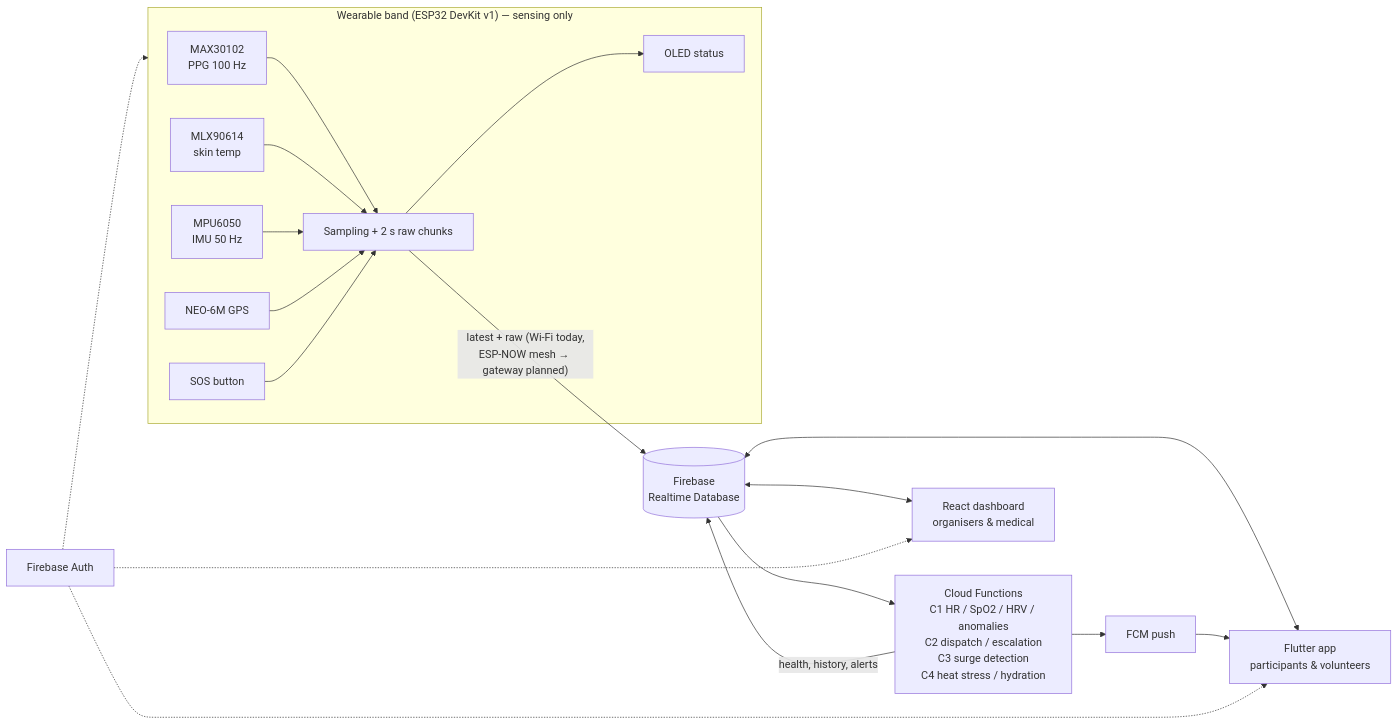
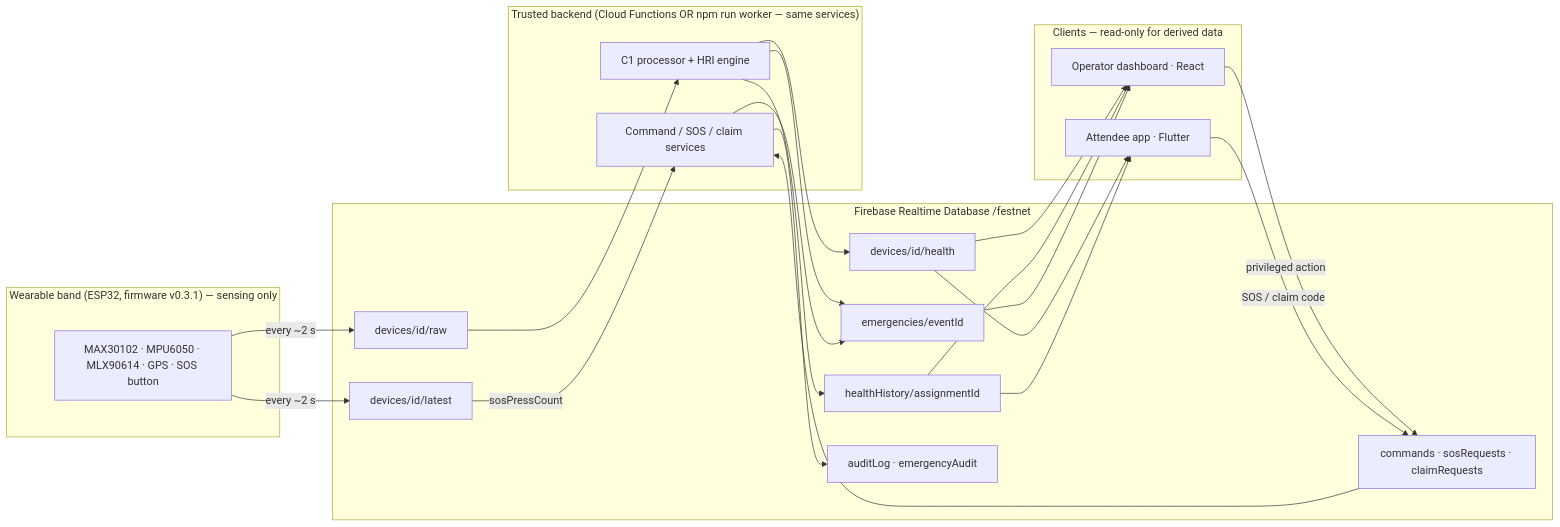
The diagram in docs/architecture/overview.md (zaan994/FestNet-J26-IT-427), drawn with Mermaid before and after one commit. The commit also changed other lines of this file and 163 other files, not shown here.

````diff
--- a/docs/architecture/overview.md
+++ b/docs/architecture/overview.md
@@ -3,21 +5,31 @@
 ```mermaid
 flowchart LR
-  subgraph Band["Wearable band (ESP32 DevKit v1) — sensing only"]
-    S1[MAX30102<br/>PPG 100 Hz] --> P
-    S2[MLX90614<br/>skin temp] --> P
-    S3[MPU6050<br/>IMU 50 Hz] --> P
-    S4[NEO-6M GPS] --> P
-    S5[SOS button] --> P
-    P[Sampling + 2 s raw chunks] --> O[OLED status]
+  subgraph Band["Wearable band (ESP32, firmware v0.3.1) — sensing only"]
+    S[MAX30102 · MPU6050 · MLX90614 · GPS · SOS button]
   end
-
-  P -- "latest + raw (Wi-Fi today,<br/>ESP-NOW mesh → gateway planned)" --> RTDB[(Firebase<br/>Realtime Database)]
-
-  RTDB --> CF[Cloud Functions<br/>C1 HR / SpO2 / HRV / anomalies<br/>C2 dispatch / escalation<br/>C3 surge detection<br/>C4 heat stress / hydration]
-  CF -- "health, history, alerts" --> RTDB
-  CF --> FCM[FCM push]
-  RTDB <--> APP[Flutter app<br/>participants & volunteers]
-  RTDB <--> DASH[React dashboard<br/>organisers & medical]
-  FCM --> APP
-  AUTH[Firebase Auth] -.-> APP & DASH & Band
+  subgraph RTDB["Firebase Realtime Database /festnet"]
+    L[devices/id/latest]
+    R[devices/id/raw]
+    H[devices/id/health]
+    HH[healthHistory/assignmentId]
+    E[emergencies/eventId]
+    Q[commands · sosRequests · claimRequests]
+    A[auditLog · emergencyAudit]
+  end
+  subgraph Trusted["Trusted backend (Cloud Functions OR npm run worker — same services)"]
+    P[C1 processor + HRI engine]
+    C[Command / SOS / claim services]
+  end
+  subgraph Clients["Clients — read-only for derived data"]
+    D[Operator dashboard · React]
+    M[Attendee app · Flutter]
+  end
+  S -- every ~2 s --> L & R
+  R --> P --> H & HH & E
+  L -- sosPressCount --> C
+  D -- privileged action --> Q
+  M -- SOS / claim code --> Q
+  Q --> C --> E & A
+  H & HH & E --> D
+  H & HH --> M
 ```
````
